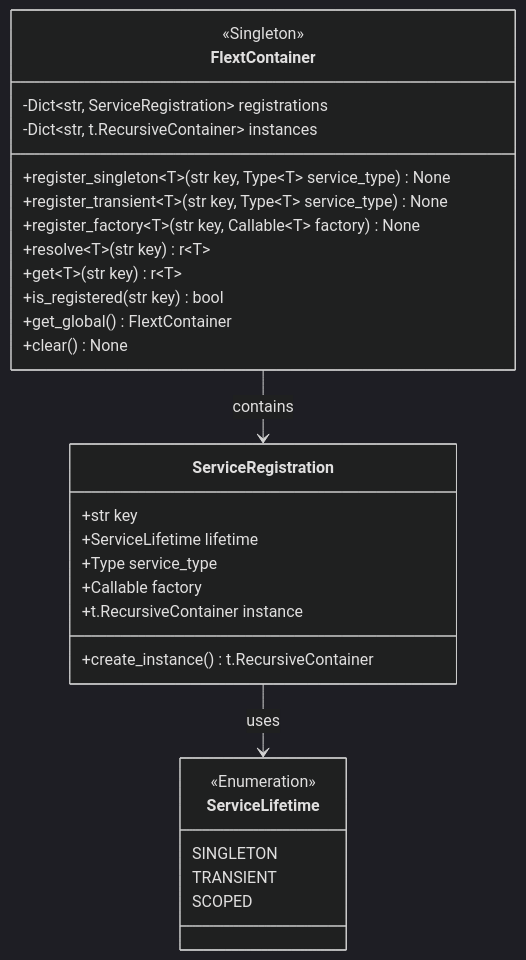
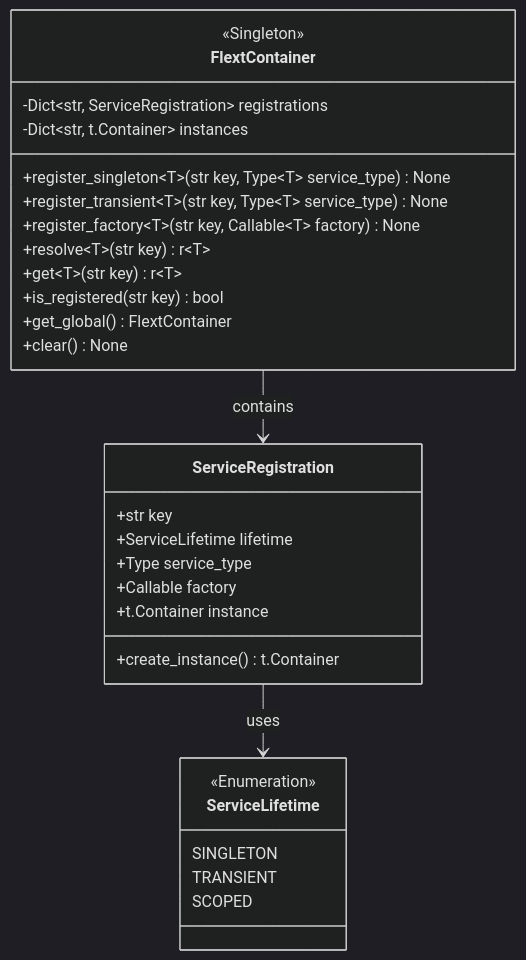
Before and after one commit to flext-sh/flext: the second of 10 diagrams in docs/architecture/c4-model/code-diagrams.md, drawn with Mermaid (dark theme). The commit also changed other lines of this file and 240 other files, not shown here.

````diff
--- a/docs/architecture/c4-model/code-diagrams.md
+++ b/docs/architecture/c4-model/code-diagrams.md
@@ -94,35 +94,35 @@
 ```mermaid
 classDiagram
     class FlextContainer {
         <<Singleton>>
         -Dict~str, ServiceRegistration~ registrations
-        -Dict~str, t.RecursiveContainer~ instances
+        -Dict~str, t.Container~ instances
         +register_singleton~T~(str key, Type~T~ service_type) None
         +register_transient~T~(str key, Type~T~ service_type) None
         +register_factory~T~(str key, Callable~T~ factory) None
         +resolve~T~(str key) r~T~
         +get~T~(str key) r~T~
         +is_registered(str key) bool
         +get_global() FlextContainer
         +clear() None
     }
 
     class ServiceRegistration {
         +str key
         +ServiceLifetime lifetime
         +Type service_type
         +Callable factory
-        +t.RecursiveContainer instance
-        +create_instance() t.RecursiveContainer
+        +t.Container instance
+        +create_instance() t.Container
     }
 
     class ServiceLifetime {
         <<Enumeration>>
         SINGLETON
         TRANSIENT
         SCOPED
     }
 
     FlextContainer --> ServiceRegistration : contains
     ServiceRegistration --> ServiceLifetime : uses
 ```
````
